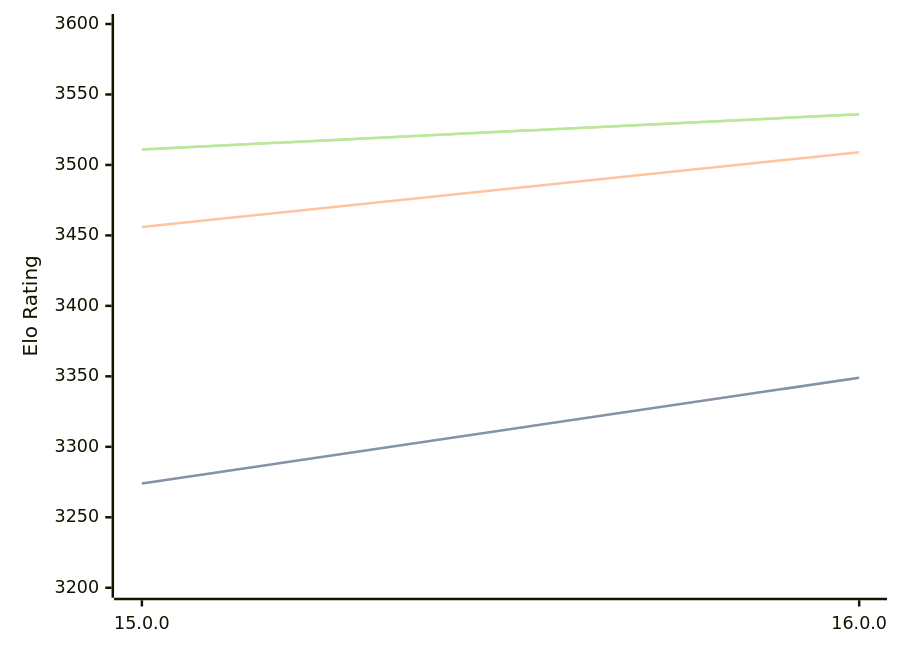
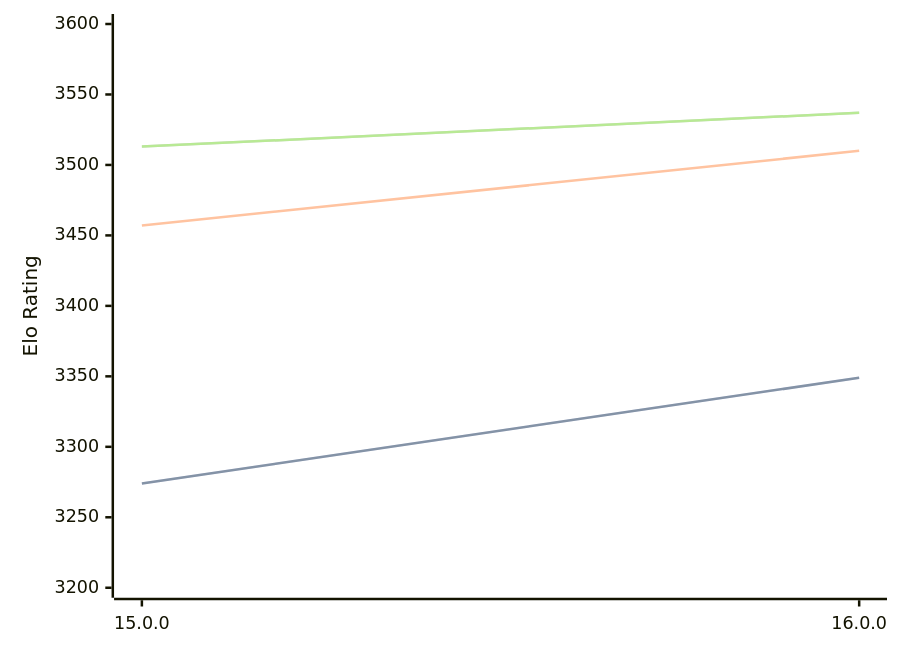
The diagram in engines/Halogen.md (computer-chess-index/cci), drawn with Mermaid before and after one commit. The commit also changed other lines of this file, not shown here.

Commit message:
Update CCI Ratings (ELO VLTC) - 2026-05-21

````diff
--- a/engines/Halogen.md
+++ b/engines/Halogen.md
@@ -50,11 +50,11 @@
 ```mermaid
 %%{init: {"theme":"base","themeVariables":{"seriesColors:['#a3a3a3','#222221','#faa371']}}}%%
 xychart-beta
   x-axis ["15.0.0", "16.0.0"]
   y-axis "Elo Rating" 3200 --> 3600
   line "STC (8.0+0.08s)" [3274, 3349]
   line "STC (8.0+0.08s)" [3274, 3349]
-  line "LTC (60.0+0.60s)" [3456, 3509]
-  line "VLTC (2m24s+1.12s)" [3511, 3536]
-  line "VLTC (2m24s+1.12s)" [3511, 3536]
+  line "LTC (60.0+0.60s)" [3457, 3510]
+  line "VLTC (2m24s+1.12s)" [3513, 3537]
+  line "VLTC (2m24s+1.12s)" [3513, 3537]
 ```
````
